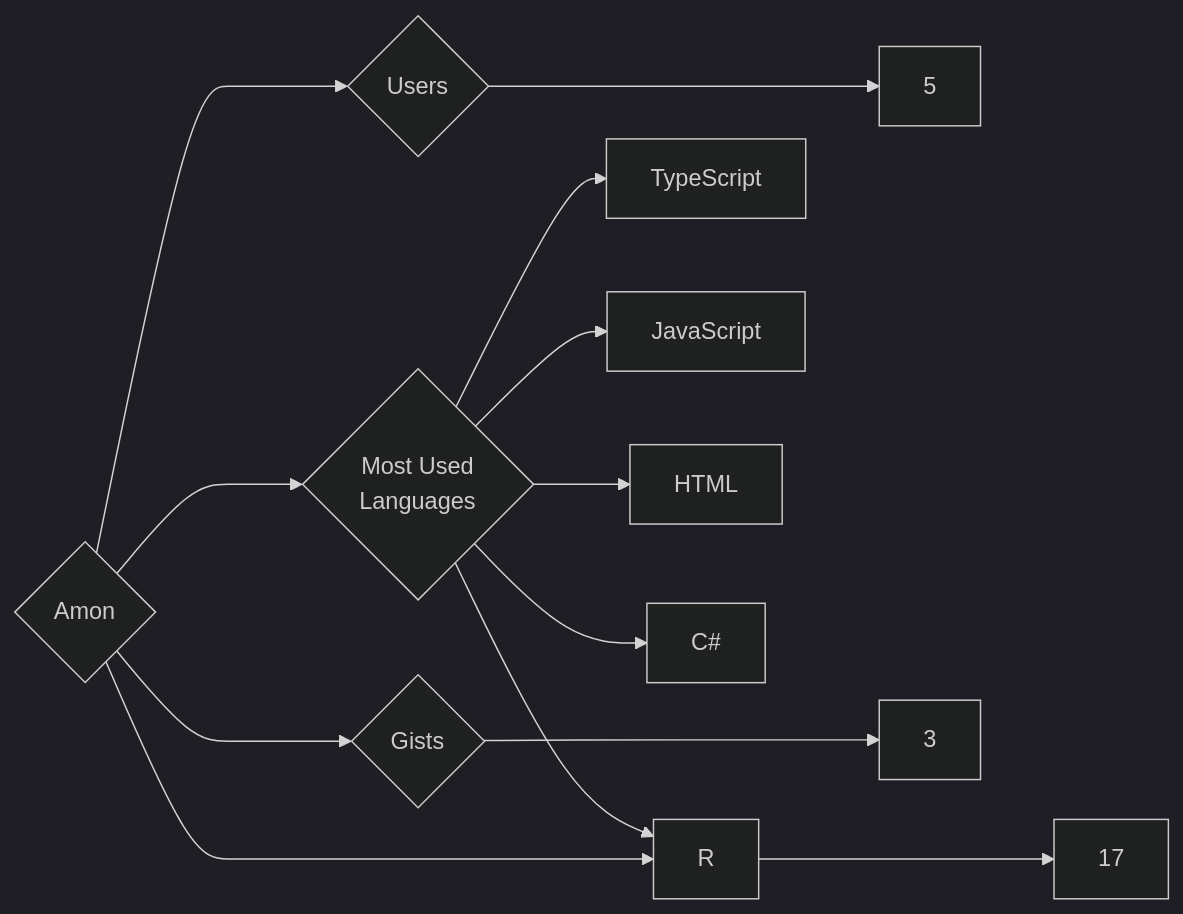
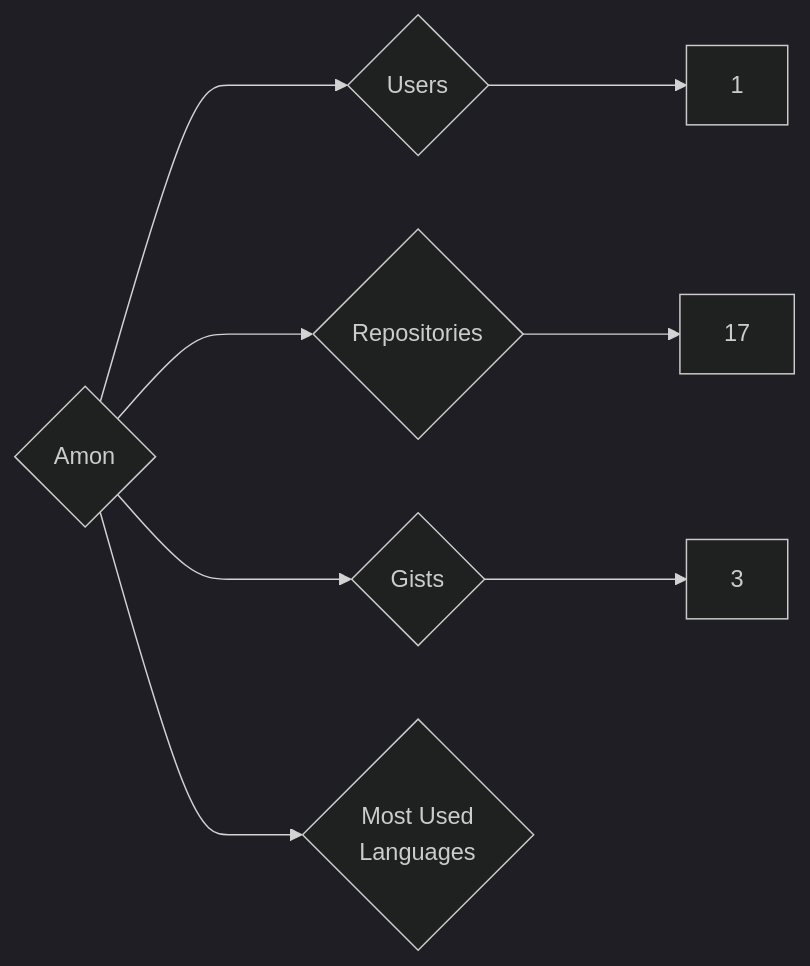
The diagram in targets/Amon/README.md (trickest/insiders), drawn with Mermaid (dark theme) before and after one commit. The commit also changed 444 other files, not shown here.

````diff
--- a/targets/Amon/README.md
+++ b/targets/Amon/README.md
@@ -3,13 +3,8 @@
 ```mermaid
 graph LR
 COMPANY_NAME{Amon}
-COMPANY_NAME ---> U{Users} ---> UN[5]
+COMPANY_NAME ---> U{Users} ---> UN[1]
 COMPANY_NAME ---> R{Repositories} ---> RN[17]
 COMPANY_NAME ---> G{Gists} ---> GN[3]
 COMPANY_NAME ---> ML{Most Used<br>Languages}
-ML --> TypeScript[TypeScript]
-ML --> JavaScript[JavaScript]
-ML --> HTML[HTML]
-ML --> C#[C#]
-ML --> R[R]
 ```
````
